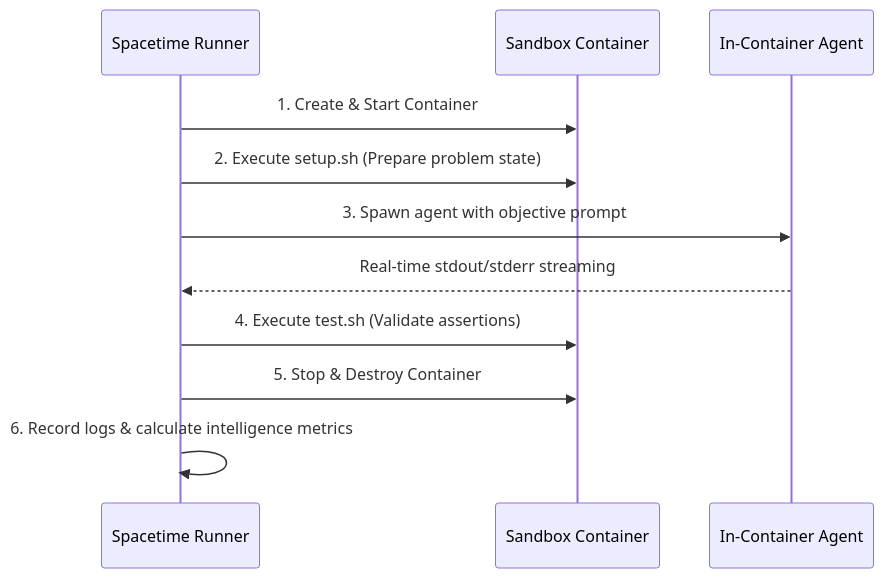
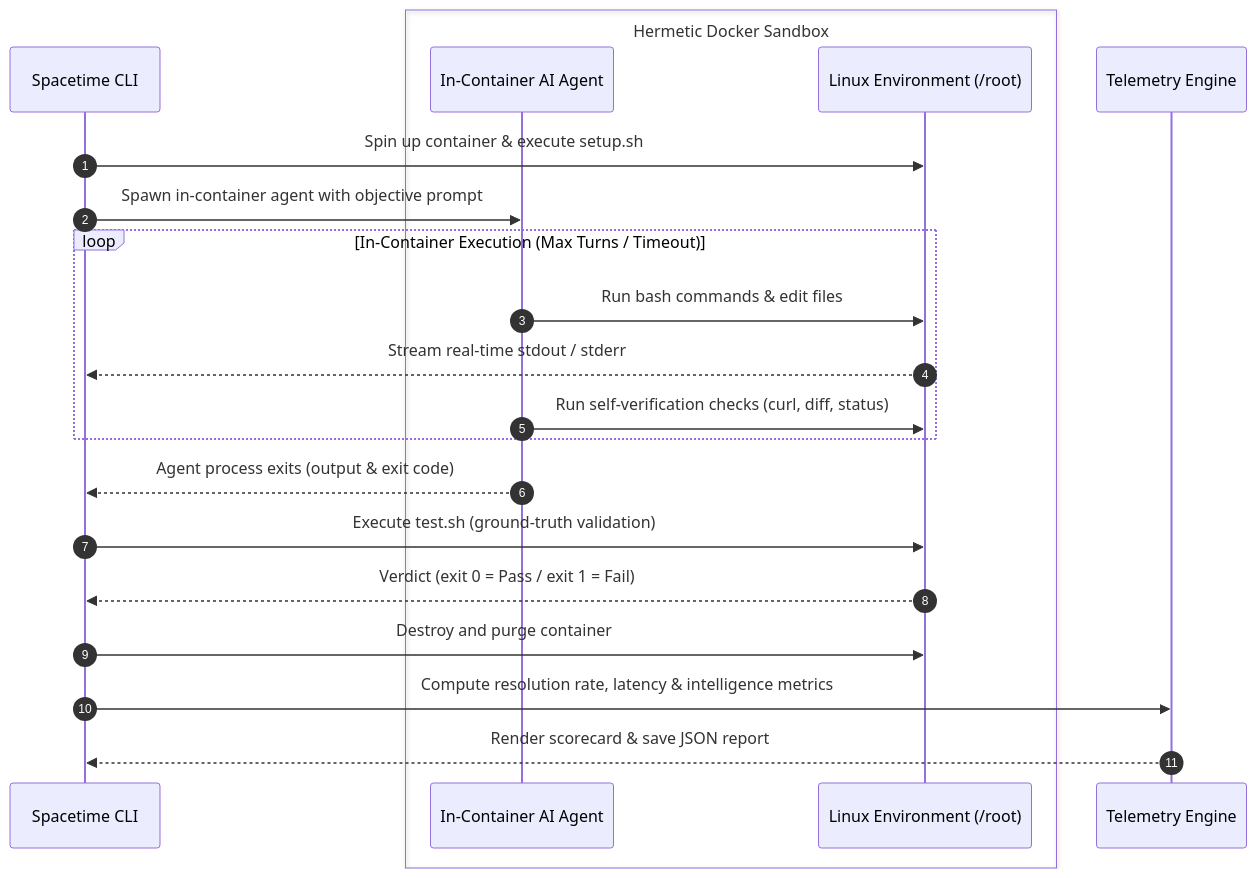
Before and after one commit to phasehumans/spacetime: the diagram in README.md, drawn with Mermaid. The commit also changed other lines of this file and 1 other file, not shown here.

````diff
--- a/README.md
+++ b/README.md
@@ -24,14 +15,27 @@
 ```mermaid
 sequenceDiagram
-    participant Host as Spacetime Runner
-    participant Docker as Sandbox Container
-    participant Agent as In-Container Agent
+    autonumber
+    participant CLI as Spacetime CLI
+    box Hermetic Docker Sandbox
+        participant Agent as In-Container AI Agent
+        participant Env as Linux Environment (/root)
+    end
+    participant Telemetry as Telemetry Engine
 
-    Host->>Docker: 1. Create & Start Container
-    Host->>Docker: 2. Execute setup.sh (Prepare problem state)
-    Host->>Agent: 3. Spawn agent with objective prompt
-    Agent-->>Host: Real-time stdout/stderr streaming
-    Host->>Docker: 4. Execute test.sh (Validate assertions)
-    Host->>Docker: 5. Stop & Destroy Container
-    Host->>Host: 6. Record logs & calculate intelligence metrics
+    CLI->>Env: Spin up container & execute setup.sh
+    CLI->>Agent: Spawn in-container agent with objective prompt
+    
+    loop In-Container Execution (Max Turns / Timeout)
+        Agent->>Env: Run bash commands & edit files
+        Env-->>CLI: Stream real-time stdout / stderr
+        Agent->>Env: Run self-verification checks (curl, diff, status)
+    end
+    Agent-->>CLI: Agent process exits (output & exit code)
+
+    CLI->>Env: Execute test.sh (ground-truth validation)
+    Env-->>CLI: Verdict (exit 0 = Pass / exit 1 = Fail)
+    CLI->>Env: Destroy and purge container
+
+    CLI->>Telemetry: Compute resolution rate, latency & intelligence metrics
+    Telemetry-->>CLI: Render scorecard & save JSON report
 ```
````
